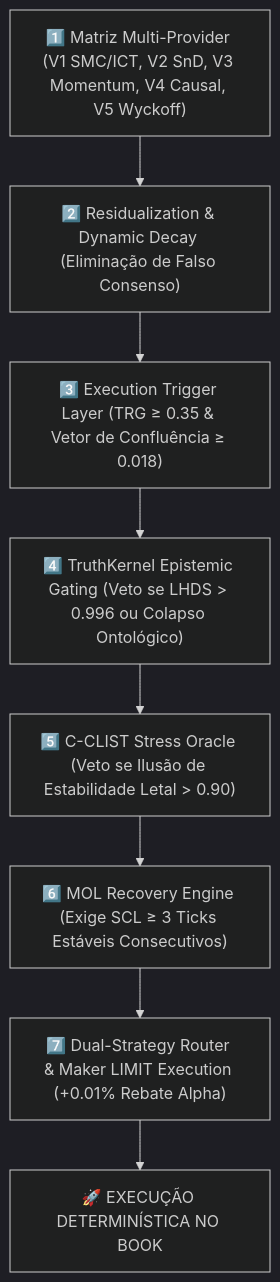
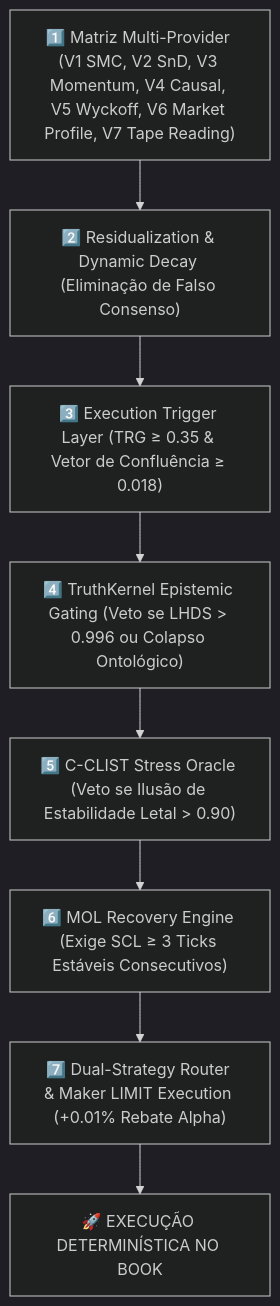
One commit to Ciamarro1/Lyzer-Edge changed the second of 4 diagrams in README.md. Above: the diagram before and after it, drawn with Mermaid (dark theme). The commit also changed other lines of this file and 1 other file, not shown here.

Commit message:
docs: Detail full 7-Provider Core Matrix (V1 to V7) across README architecture specifications

````diff
--- a/README.md
+++ b/README.md
@@ -92,11 +92,11 @@
 ```mermaid
 graph TD
-    L1["1️⃣ Matriz Multi-Provider (V1 SMC/ICT, V2 SnD, V3 Momentum, V4 Causal, V5 Wyckoff)"] --> L2["2️⃣ Residualization & Dynamic Decay (Eliminação de Falso Consenso)"]
+    L1["1️⃣ Matriz Multi-Provider (V1 SMC, V2 SnD, V3 Momentum, V4 Causal, V5 Wyckoff, V6 Market Profile, V7 Tape Reading)"] --> L2["2️⃣ Residualization & Dynamic Decay (Eliminação de Falso Consenso)"]
     L2 --> L3["3️⃣ Execution Trigger Layer (TRG ≥ 0.35 & Vetor de Confluência ≥ 0.018)"]
     L3 --> L4["4️⃣ TruthKernel Epistemic Gating (Veto se LHDS > 0.996 ou Colapso Ontológico)"]
     L4 --> L5["5️⃣ C-CLIST Stress Oracle (Veto se Ilusão de Estabilidade Letal > 0.90)"]
     L5 --> L6["6️⃣ MOL Recovery Engine (Exige SCL ≥ 3 Ticks Estáveis Consecutivos)"]
     L6 --> L7["7️⃣ Dual-Strategy Router & Maker LIMIT Execution (+0.01% Rebate Alpha)"]
     
     L7 --> Exec["🚀 EXECUÇÃO DETERMINÍSTICA NO BOOK"]
 ```
````
